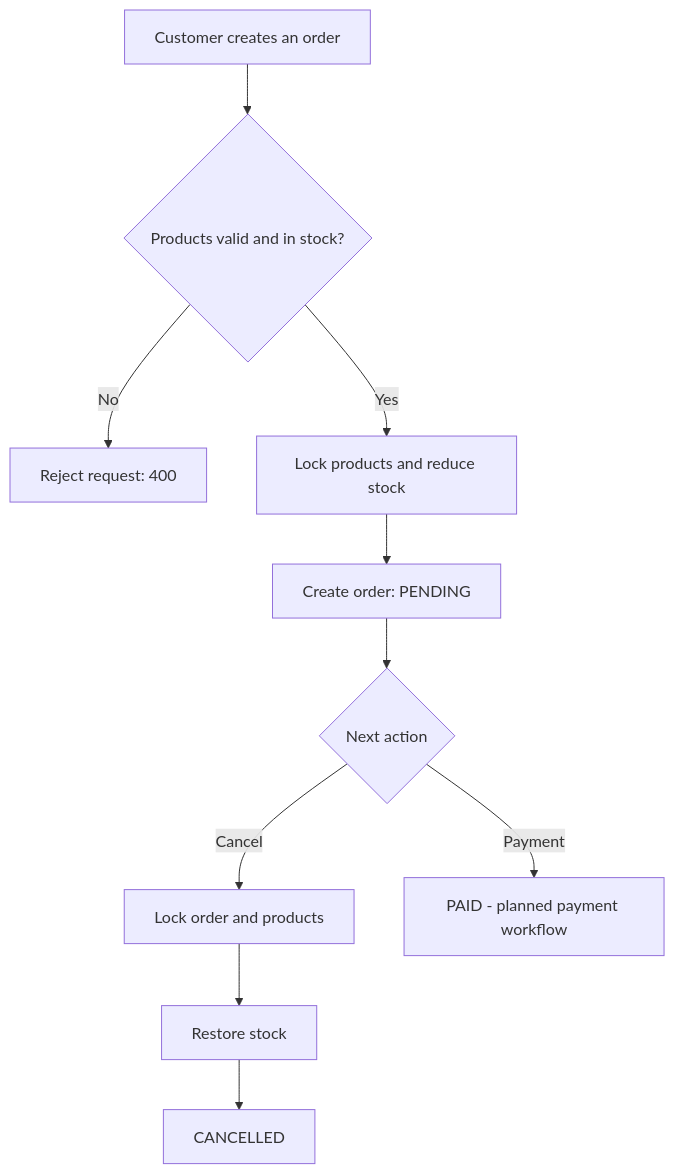
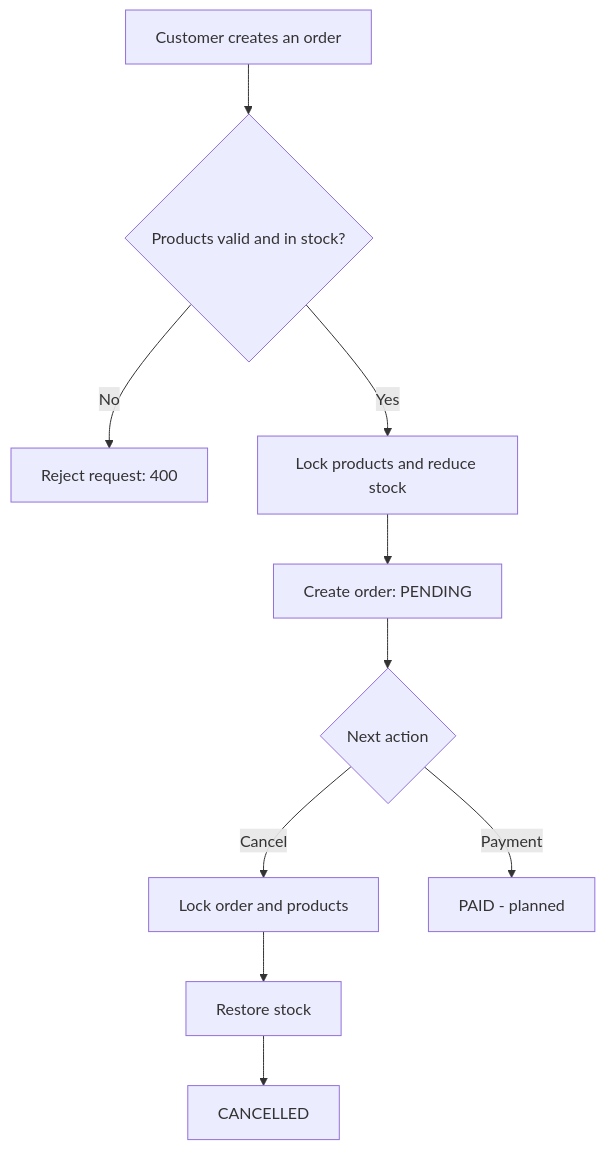
The diagram in README.md (stakich/django-order-management-api), drawn with Mermaid before and after one commit. The commit also changed other lines of this file and 2 other files, not shown here.

````diff
--- a/README.md
+++ b/README.md
@@ -100,12 +84,12 @@
 ```mermaid
 flowchart TD
     A[Customer creates an order] --> B{Products valid and in stock?}
     B -- No --> C[Reject request: 400]
     B -- Yes --> D[Lock products and reduce stock]
     D --> E[Create order: PENDING]
     E --> F{Next action}
     F -- Cancel --> G[Lock order and products]
     G --> H[Restore stock]
     H --> I[CANCELLED]
-    F -- Payment --> J[PAID - planned payment workflow]
+    F -- Payment --> J[PAID - planned]
 ```
````
